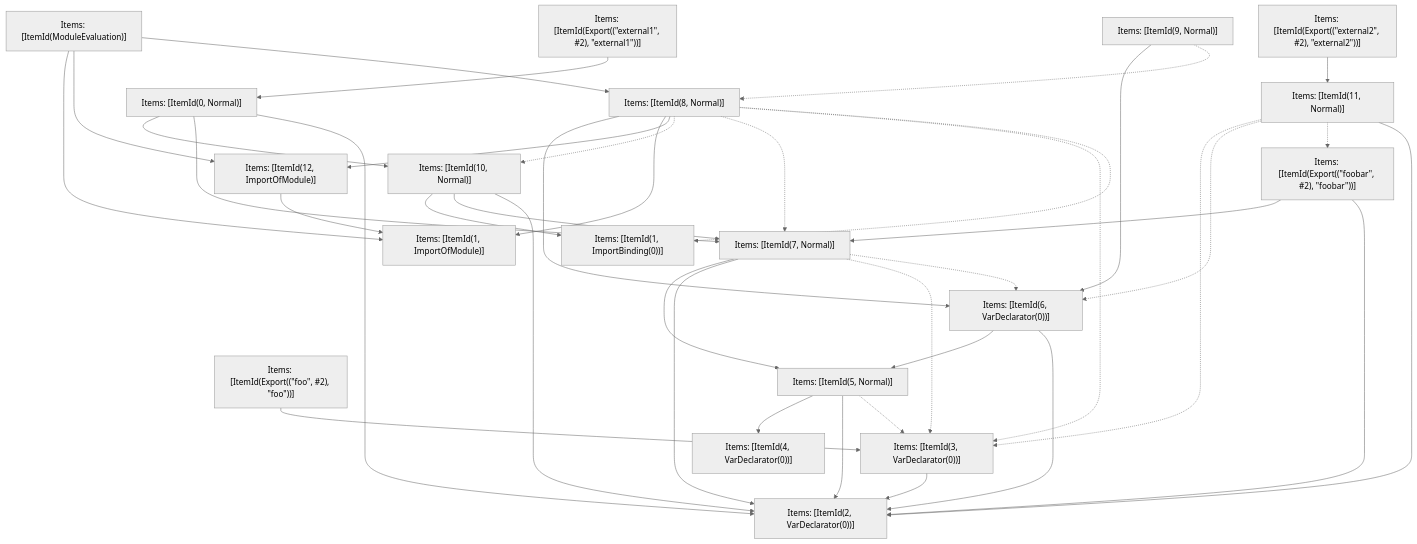
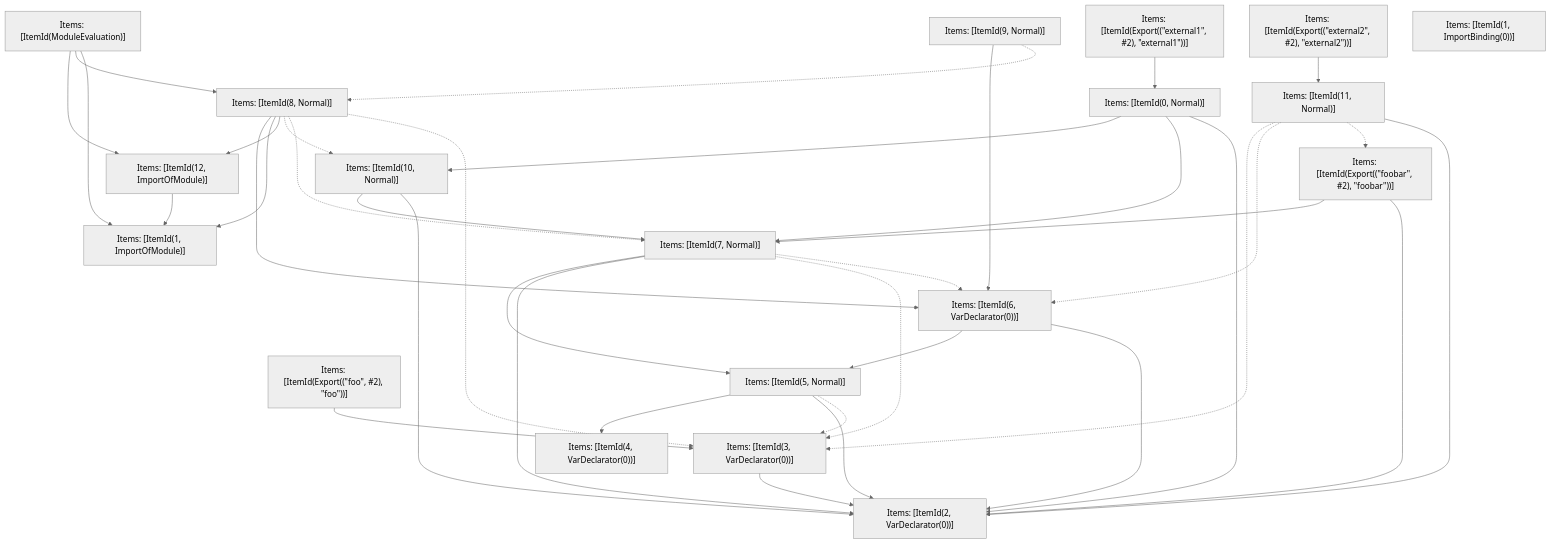
One commit to phidol/next.js changed the fifth of 5 diagrams in turbopack/crates/turbopack-ecmascript/tests/tree-shaker/analyzer/2/output.md. Above: the diagram before and after it, drawn with Mermaid (neutral theme). The commit also changed other lines of this file and 64 other files, not shown here.

````diff
--- a/turbopack/crates/turbopack-ecmascript/tests/tree-shaker/analyzer/2/output.md
+++ b/turbopack/crates/turbopack-ecmascript/tests/tree-shaker/analyzer/2/output.md
@@ -371,60 +371,58 @@
 ```mermaid
 graph TD
-    N0["Items: [ItemId(1, ImportBinding(0))]"];
+    N0["Items: [ItemId(9, Normal)]"];
     N1["Items: [ItemId(4, VarDeclarator(0))]"];
     N2["Items: [ItemId(2, VarDeclarator(0))]"];
     N3["Items: [ItemId(3, VarDeclarator(0))]"];
     N4["Items: [ItemId(Export((&quot;foo&quot;, #2), &quot;foo&quot;))]"];
     N5["Items: [ItemId(5, Normal)]"];
     N6["Items: [ItemId(6, VarDeclarator(0))]"];
     N7["Items: [ItemId(7, Normal)]"];
     N8["Items: [ItemId(10, Normal)]"];
     N9["Items: [ItemId(0, Normal)]"];
     N10["Items: [ItemId(Export((&quot;external1&quot;, #2), &quot;external1&quot;))]"];
     N11["Items: [ItemId(Export((&quot;foobar&quot;, #2), &quot;foobar&quot;))]"];
     N12["Items: [ItemId(11, Normal)]"];
     N13["Items: [ItemId(Export((&quot;external2&quot;, #2), &quot;external2&quot;))]"];
     N14["Items: [ItemId(1, ImportOfModule)]"];
     N15["Items: [ItemId(12, ImportOfModule)]"];
     N16["Items: [ItemId(8, Normal)]"];
     N17["Items: [ItemId(ModuleEvaluation)]"];
-    N18["Items: [ItemId(9, Normal)]"];
+    N18["Items: [ItemId(1, ImportBinding(0))]"];
     N15 --> N14;
     N3 --> N2;
     N5 --> N1;
     N5 --> N2;
     N5 -.-> N3;
     N6 --> N5;
     N6 --> N2;
     N7 --> N5;
     N7 --> N2;
     N7 -.-> N3;
     N7 -.-> N6;
     N16 --> N6;
     N16 --> N14;
     N16 --> N15;
     N16 -.-> N8;
     N16 -.-> N7;
     N16 -.-> N3;
-    N16 -.-> N0;
-    N18 --> N6;
-    N18 -.-> N16;
+    N17 --> N15;
+    N0 --> N6;
+    N0 -.-> N16;
     N10 --> N9;
     N11 --> N7;
     N11 --> N2;
     N4 --> N3;
     N13 --> N12;
     N9 --> N8;
     N9 --> N7;
     N9 --> N2;
-    N8 --> N0;
+    N17 --> N16;
     N8 --> N7;
     N8 --> N2;
     N12 -.-> N3;
     N12 -.-> N6;
     N12 -.-> N11;
     N12 --> N2;
     N17 --> N14;
-    N17 --> N15;
-    N17 --> N16;
 ```
````
